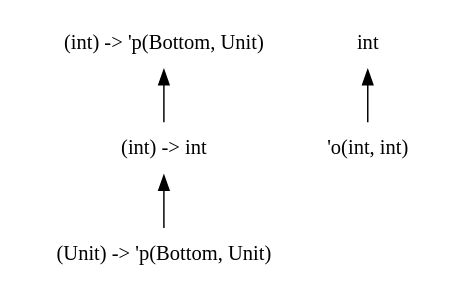
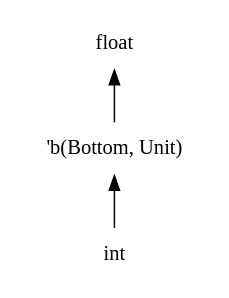
The diagram in dot2.md (chocobo333/regino), drawn with Graphviz before and after one commit. The commit also changed 3 other files, not shown here.

````diff
--- a/dot2.md
+++ b/dot2.md
@@ -1,18 +1,15 @@
 ```dot
 digraph order {
   node [
     shape = none
   ];
   edge [
     dir = back
   ];
-  "(int) -> 'p(Bottom, Unit)"
-  "'o(int, int)"
+  "'b(Bottom, Unit)"
+  "float"
   "int"
-  "(int) -> int"
-  "(Unit) -> 'p(Bottom, Unit)"
-  "int" -> "'o(int, int)"
-  "(int) -> 'p(Bottom, Unit)" -> "(int) -> int"
-  "(int) -> int" -> "(Unit) -> 'p(Bottom, Unit)"
+  "'b(Bottom, Unit)" -> "int"
+  "float" -> "'b(Bottom, Unit)"
 }
 ```
````
